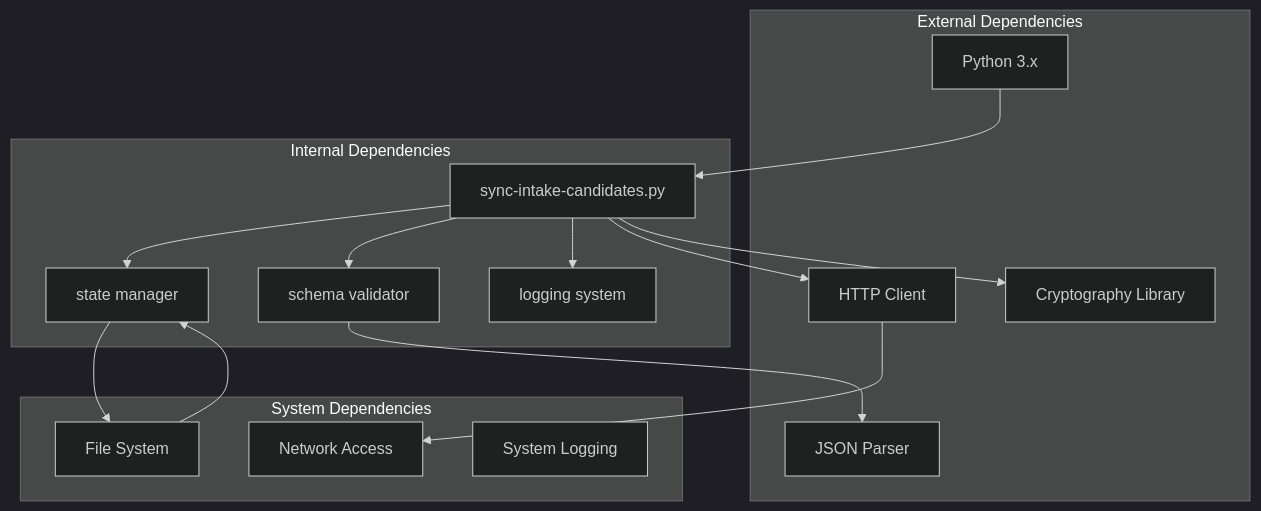
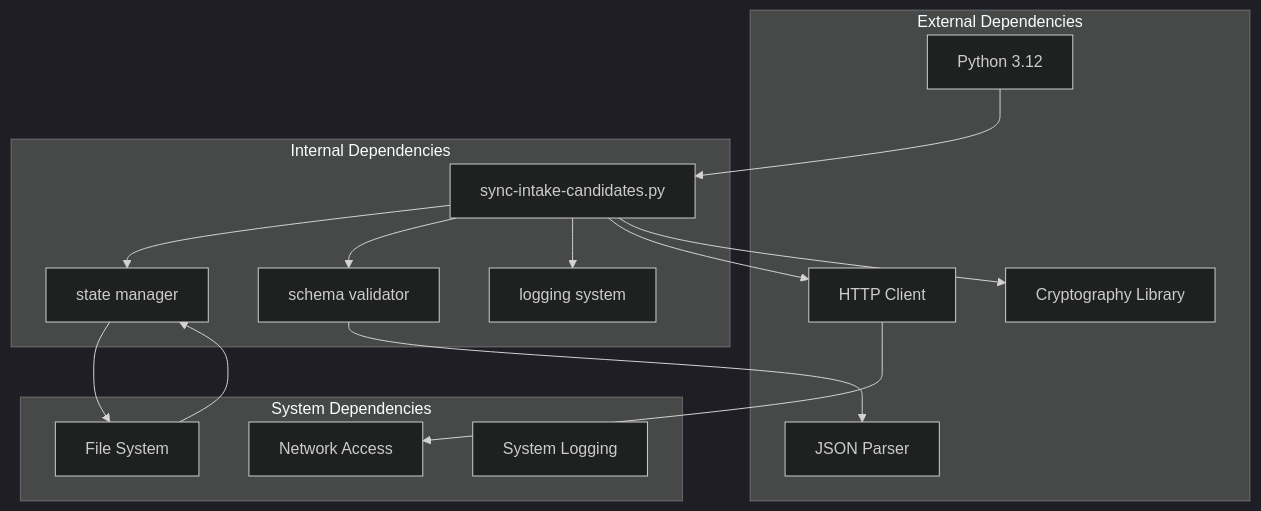
Before and after one commit to tonythethompson/numan-registry: the fifth of 5 diagrams in .qoder/repowiki/en/content/Registry Operations/Intake Candidates.md, drawn with Mermaid (dark theme). The commit also changed other lines of this file and 3 other files, not shown here.

````diff
--- a/.qoder/repowiki/en/content/Registry Operations/Intake Candidates.md
+++ b/.qoder/repowiki/en/content/Registry Operations/Intake Candidates.md
@@ -240,30 +258,32 @@
 ```mermaid
+
 graph TB
 subgraph "External Dependencies"
-PYTHON[Python 3.x]
+PYTHON[Python 3.12]
 JSON[JSON Parser]
 HTTP[HTTP Client]
 CRYPTO[Cryptography Library]
 end
 subgraph "Internal Dependencies"
 SYNC[sync-intake-candidates.py]
 STATE[state manager]
 VALIDATOR[schema validator]
 LOGGER[logging system]
 end
 subgraph "System Dependencies"
 FILESYS[File System]
 NETWORK[Network Access]
 LOGGING[System Logging]
 end
 SYNC --> STATE
 SYNC --> VALIDATOR
 SYNC --> LOGGER
 STATE --> FILESYS
 VALIDATOR --> JSON
 SYNC --> HTTP
 SYNC --> CRYPTO
 PYTHON --> SYNC
 HTTP --> NETWORK
 FILESYS --> STATE
+
 ```
````
